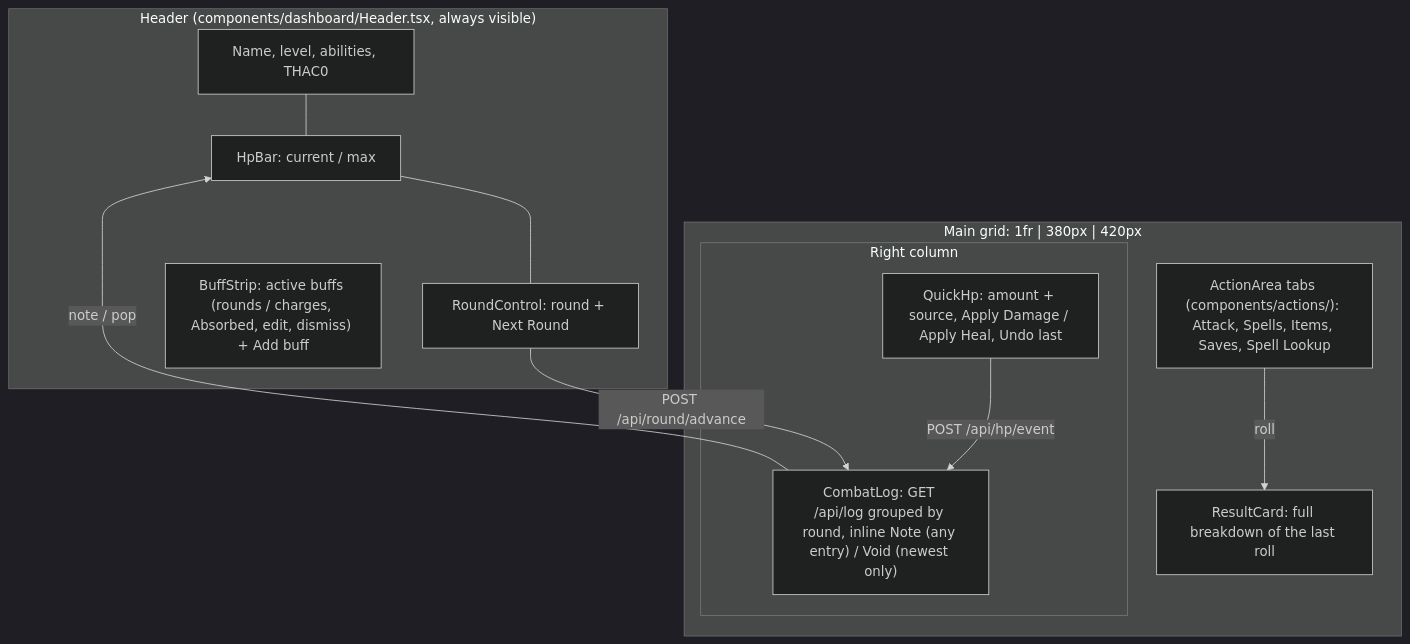
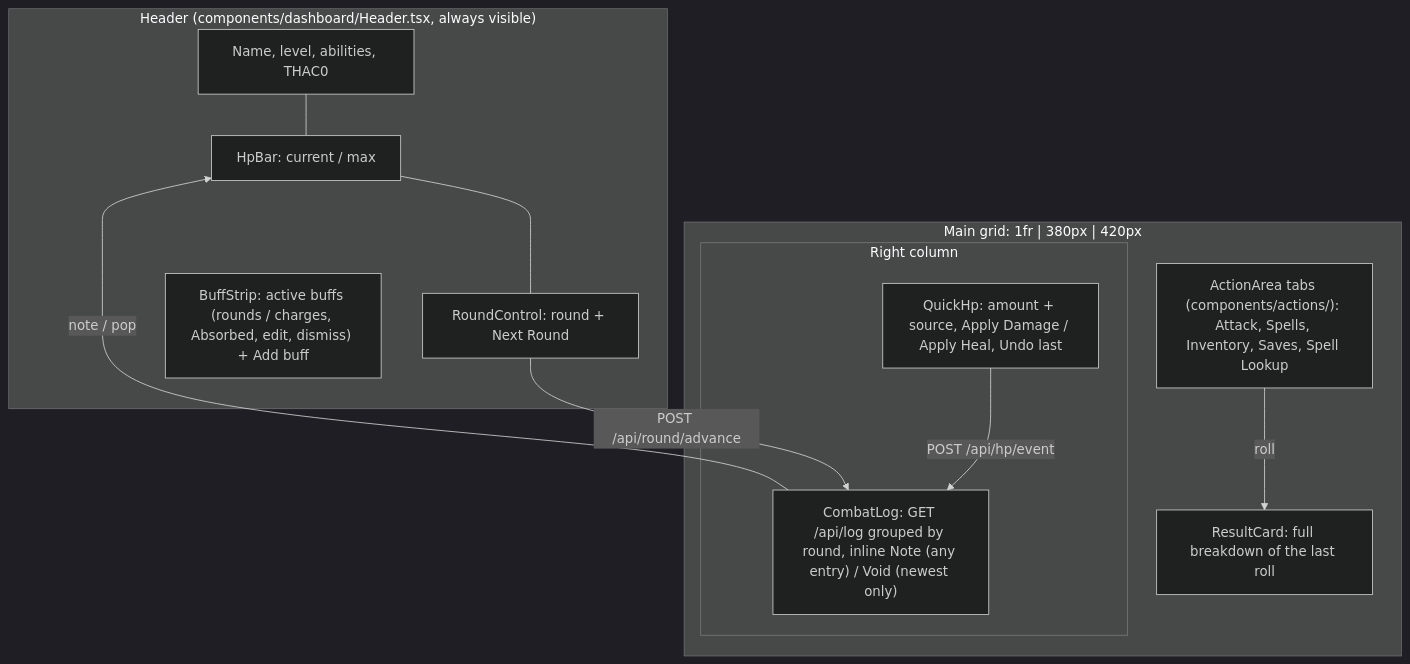
One commit to ceffo/critical changed the diagram in docs/frontend.md. Above: the diagram before and after it, drawn with Mermaid (dark theme). The commit also changed other lines of this file and 53 other files, not shown here.

First line of the commit message:
feat(items): Inventory tab, one item model with stock / charges / daily counts (critical-qki.13) (#64)

````diff
--- a/docs/frontend.md
+++ b/docs/frontend.md
@@ -33,19 +33,19 @@
 ```mermaid
 flowchart TD
   subgraph H["Header (components/dashboard/Header.tsx, always visible)"]
     ID["Name, level, abilities, THAC0"] --- HP["HpBar: current / max"] --- RC["RoundControl: round + Next Round"]
     BS["BuffStrip: active buffs (rounds / charges, Absorbed, edit, dismiss) + Add buff"]
   end
   subgraph M["Main grid: 1fr | 380px | 420px"]
-    AA["ActionArea tabs (components/actions/): Attack, Spells, Items, Saves, Spell Lookup"]
+    AA["ActionArea tabs (components/actions/): Attack, Spells, Inventory, Saves, Spell Lookup"]
     RCARD["ResultCard: full breakdown of the last roll"]
     subgraph R["Right column"]
       QH["QuickHp: amount + source, Apply Damage / Apply Heal, Undo last"]
       CL["CombatLog: GET /api/log grouped by round, inline Note (any entry) / Void (newest only)"]
     end
   end
   AA -->|roll| RCARD
   QH -->|POST /api/hp/event| CL
   CL -->|note / pop| HP
   RC -->|POST /api/round/advance| CL
 ```
````
